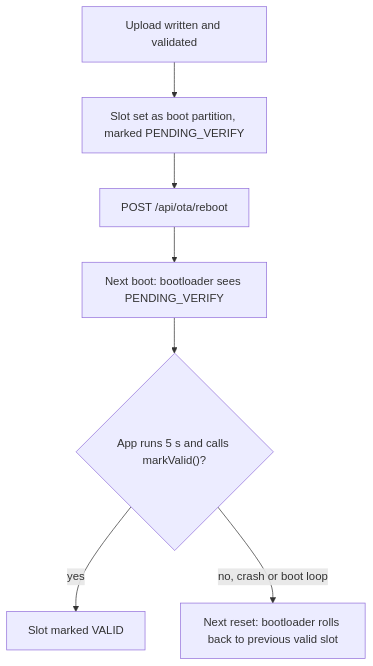
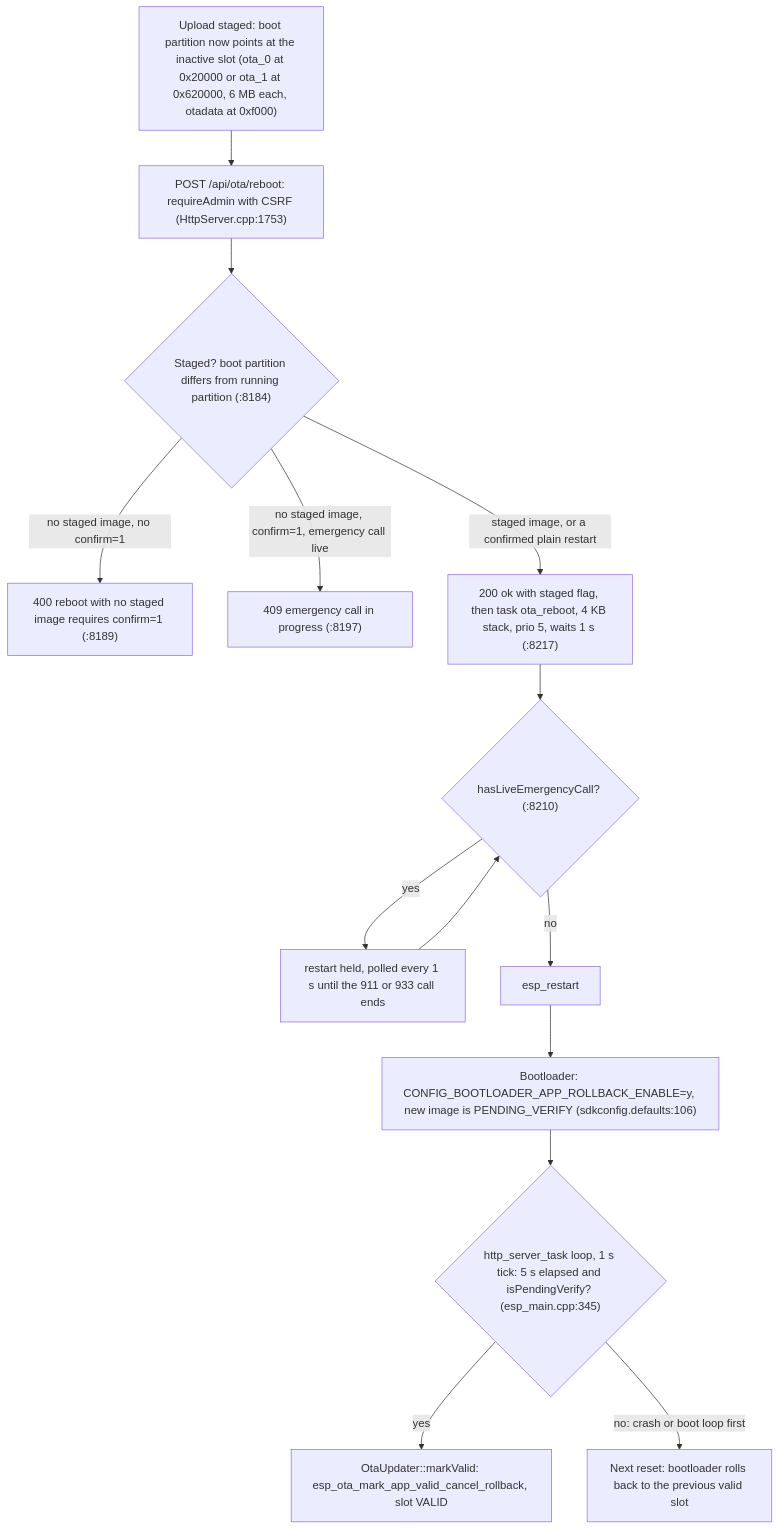
One commit to GlomarGadaffi/pocket-dial changed the third of 3 diagrams in docs/OTA.md. Above: the diagram before and after it, drawn with Mermaid. The commit also changed other lines of this file and 29 other files, not shown here.

First line of the commit message:
docs: make the Mermaid diagrams exact against main (#1105)

````diff
--- a/docs/OTA.md
+++ b/docs/OTA.md
@@ -393,9 +412,16 @@
 ```mermaid
 flowchart TD
-    A["Upload written and validated"] --> B["Slot set as boot partition, marked PENDING_VERIFY"]
-    B --> C["POST /api/ota/reboot"]
-    C --> D["Next boot: bootloader sees PENDING_VERIFY"]
-    D --> E{"App runs 5 s and calls markValid()?"}
-    E -->|yes| F["Slot marked VALID"]
-    E -->|"no, crash or boot loop"| G["Next reset: bootloader rolls back to previous valid slot"]
+    A["Upload staged: boot partition now points at the inactive slot (ota_0 at 0x20000 or ota_1 at 0x620000, 6 MB each, otadata at 0xf000)"] --> C["POST /api/ota/reboot: requireAdmin with CSRF (HttpServer.cpp:1753)"]
+    C --> X{"Staged? boot partition differs from running partition (:8184)"}
+    X -->|"no staged image, no confirm=1"| X1["400 reboot with no staged image requires confirm=1 (:8189)"]
+    X -->|"no staged image, confirm=1, emergency call live"| X2["409 emergency call in progress (:8197)"]
+    X -->|"staged image, or a confirmed plain restart"| R["200 ok with staged flag, then task ota_reboot, 4 KB stack, prio 5, waits 1 s (:8217)"]
+    R --> HOLD{"hasLiveEmergencyCall? (:8210)"}
+    HOLD -->|yes| HOLD2["restart held, polled every 1 s until the 911 or 933 call ends"]
+    HOLD2 --> HOLD
+    HOLD -->|no| RS["esp_restart"]
+    RS --> D["Bootloader: CONFIG_BOOTLOADER_APP_ROLLBACK_ENABLE=y, new image is PENDING_VERIFY (sdkconfig.defaults:106)"]
+    D --> E{"http_server_task loop, 1 s tick: 5 s elapsed and isPendingVerify? (esp_main.cpp:345)"}
+    E -->|yes| F["OtaUpdater::markValid: esp_ota_mark_app_valid_cancel_rollback, slot VALID"]
+    E -->|"no: crash or boot loop first"| G["Next reset: bootloader rolls back to the previous valid slot"]
 ```
````
